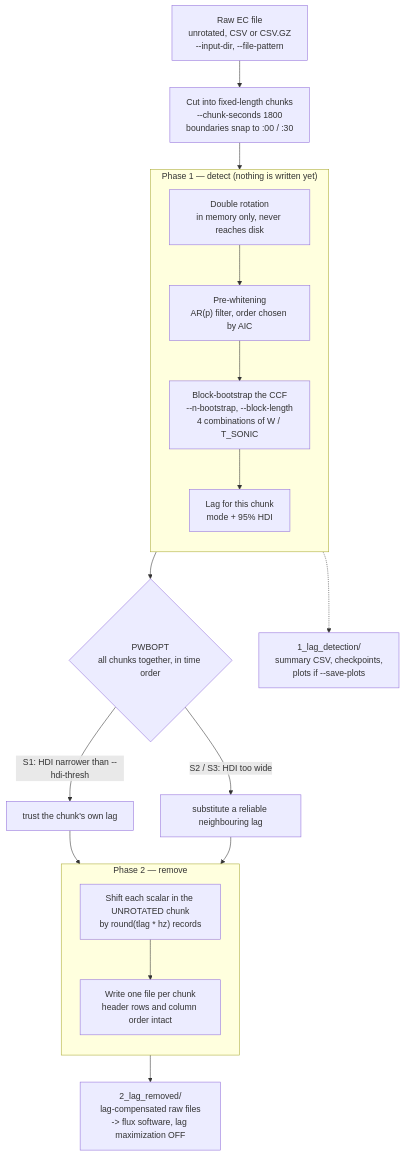
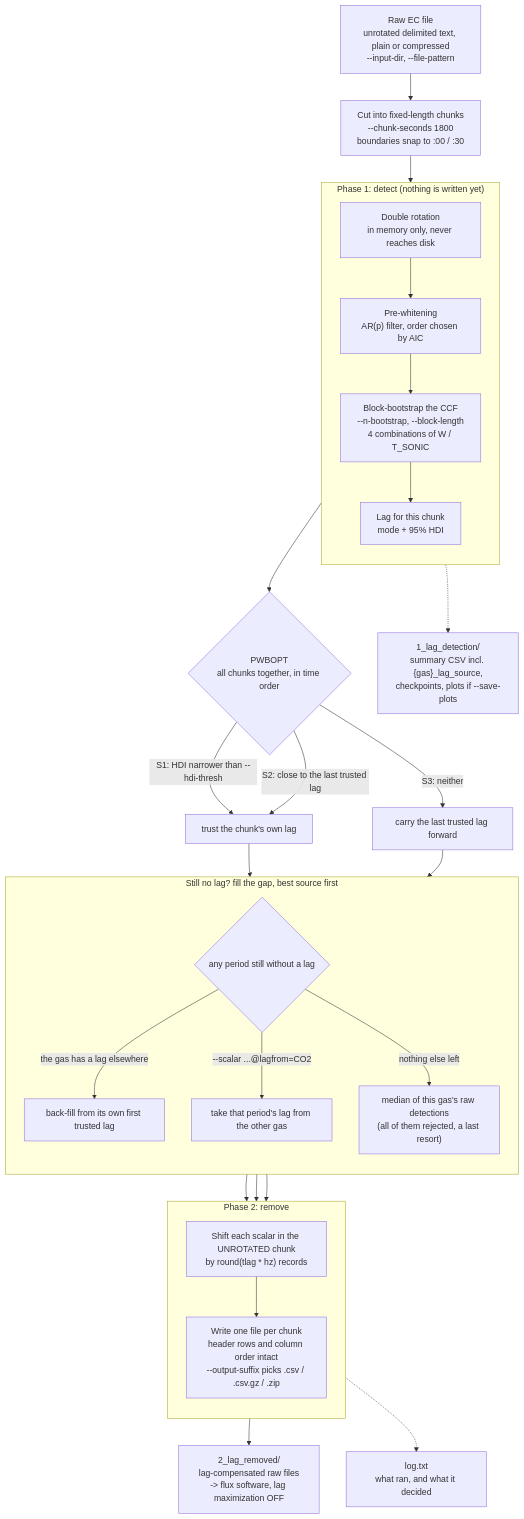
Before and after one commit to holukas/dyco: the diagram in README.md, drawn with Mermaid. The commit also changed other lines of this file, not shown here.

First line of the commit message:
docs: rework the flowchart and the README prose

````diff
--- a/README.md
+++ b/README.md
@@ -182,33 +184,47 @@
 ```mermaid
 flowchart TD
-    RAW["Raw EC file<br/>unrotated, CSV or CSV.GZ<br/>--input-dir, --file-pattern"]
+    RAW["Raw EC file<br/>unrotated delimited text, plain or compressed<br/>--input-dir, --file-pattern"]
     RAW --> SPLIT["Cut into fixed-length chunks<br/>--chunk-seconds 1800<br/>boundaries snap to :00 / :30"]
 
-    subgraph P1["Phase 1 — detect (nothing is written yet)"]
+    subgraph P1["Phase 1: detect (nothing is written yet)"]
         direction TB
         ROT["Double rotation<br/>in memory only, never reaches disk"]
         PW["Pre-whitening<br/>AR(p) filter, order chosen by AIC"]
         BS["Block-bootstrap the CCF<br/>--n-bootstrap, --block-length<br/>4 combinations of W / T_SONIC"]
         EST["Lag for this chunk<br/>mode + 95% HDI"]
         ROT --> PW --> BS --> EST
     end
 
     SPLIT --> ROT
 
     EST --> OPT{"PWBOPT<br/>all chunks together, in time order"}
     OPT -->|"S1: HDI narrower than --hdi-thresh"| KEEP["trust the chunk's own lag"]
-    OPT -->|"S2 / S3: HDI too wide"| SUB["substitute a reliable neighbouring lag"]
+    OPT -->|"S2: close to the last trusted lag"| KEEP
+    OPT -->|"S3: neither"| SUB["carry the last trusted lag forward"]
 
-    subgraph P2["Phase 2 — remove"]
+    KEEP --> GAP
+    SUB --> GAP
+
+    subgraph P3["Still no lag? fill the gap, best source first"]
+        direction TB
+        GAP{"any period still without a lag"}
+        GAP -->|"the gas has a lag elsewhere"| BFILL["back-fill from its own first trusted lag"]
+        GAP -->|"--scalar ...@lagfrom=CO2"| DONOR["take that period's lag from the other gas"]
+        GAP -->|"nothing else left"| MED["median of this gas's raw detections<br/>(all of them rejected, a last resort)"]
+    end
+
+    BFILL --> APPLY
+    DONOR --> APPLY
+    MED --> APPLY
+
+    subgraph P2["Phase 2: remove"]
         direction TB
         APPLY["Shift each scalar in the UNROTATED chunk<br/>by round(tlag * hz) records"]
-        WRITE["Write one file per chunk<br/>header rows and column order intact"]
+        WRITE["Write one file per chunk<br/>header rows and column order intact<br/>--output-suffix picks .csv / .csv.gz / .zip"]
         APPLY --> WRITE
     end
 
-    KEEP --> APPLY
-    SUB --> APPLY
-
     WRITE --> OUT["2_lag_removed/<br/>lag-compensated raw files<br/>-> flux software, lag maximization OFF"]
-    EST -.-> CSV["1_lag_detection/<br/>summary CSV, checkpoints,<br/>plots if --save-plots"]
+    EST -.-> CSV["1_lag_detection/<br/>summary CSV incl. {gas}_lag_source,<br/>checkpoints, plots if --save-plots"]
+    WRITE -.-> LOG["log.txt<br/>what ran, and what it decided"]
 ```
````
